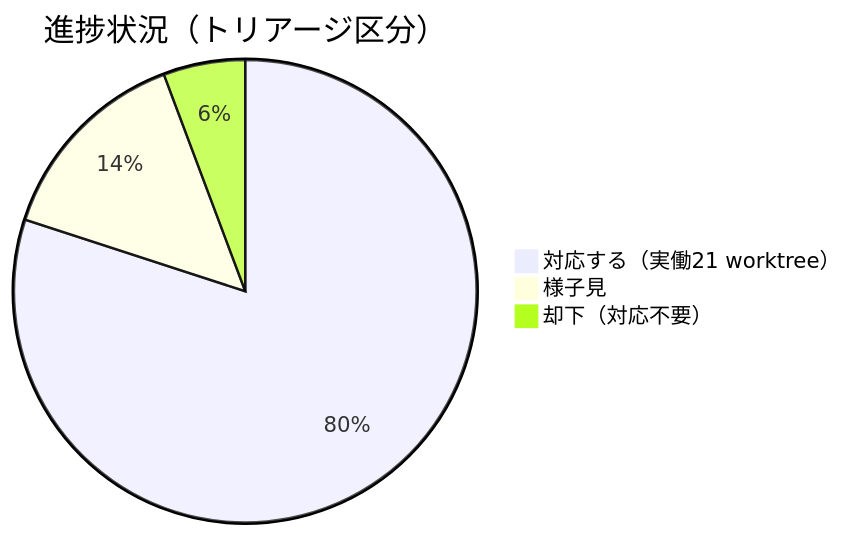
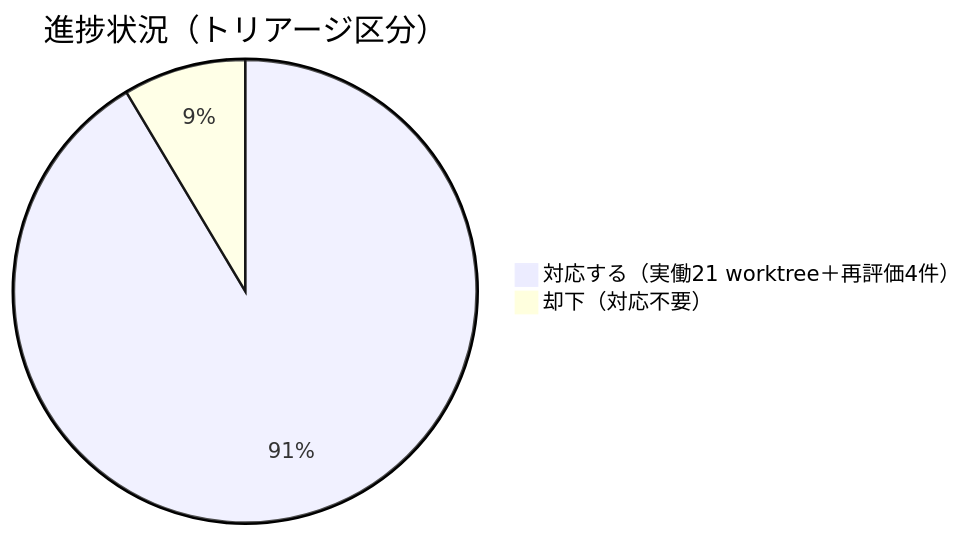
One commit to techbeansjp-free/AGENTS.md changed the diagram in docs/maintainer/workflow/20260714_180751_自己点検issue群対応/90_issues.md. Above: the diagram before and after it, drawn with Mermaid. The commit also changed other lines of this file and 1 other file, not shown here.

````diff
--- a/docs/maintainer/workflow/20260714_180751_自己点検issue群対応/90_issues.md
+++ b/docs/maintainer/workflow/20260714_180751_自己点検issue群対応/90_issues.md
@@ -79,6 +79,5 @@
 ```mermaid
 pie title 進捗状況（トリアージ区分）
-    "対応する（実働21 worktree）" : 28
-    "様子見" : 5
-    "却下（対応不要）" : 2
+    "対応する（実働21 worktree＋再評価4件）" : 32
+    "却下（対応不要）" : 3
 ```
````
